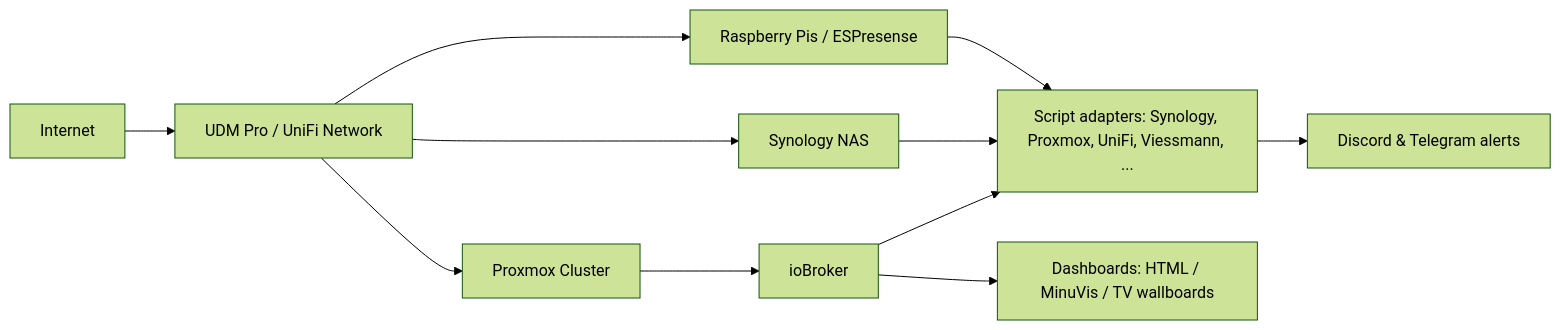
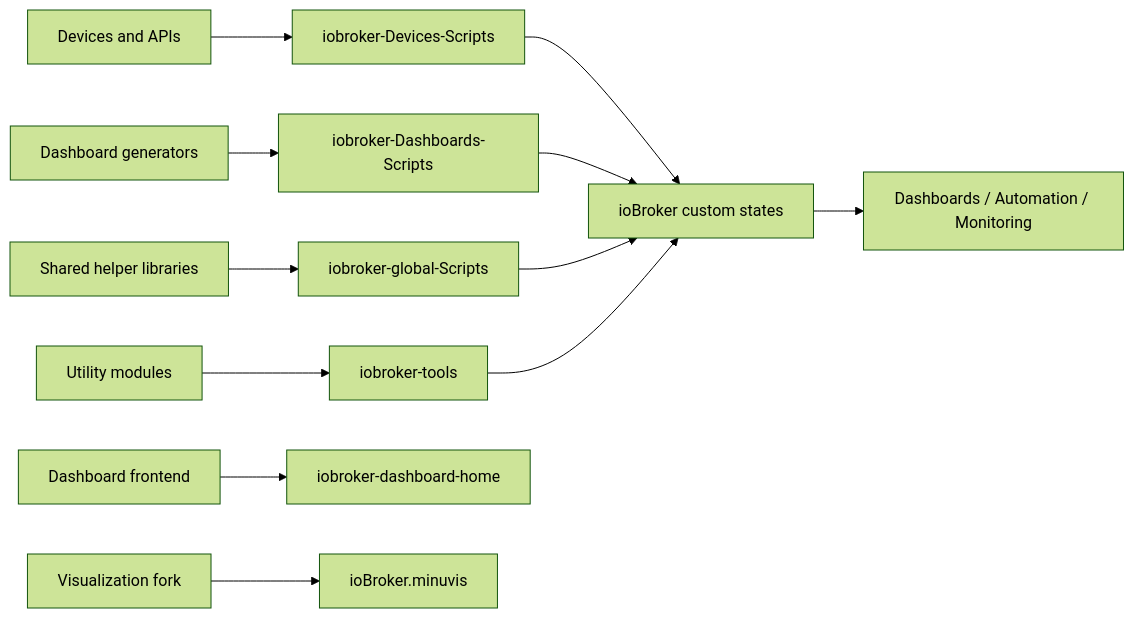
Before and after one commit to Ilovegym66/Ilovegym66: the diagram in README.md, drawn with Mermaid (forest theme). The commit also changed other lines of this file, not shown here.

````diff
--- a/README.md
+++ b/README.md
@@ -91,13 +89,14 @@
 ```mermaid
 graph LR
-  A[Internet] --> B[UDM Pro / UniFi Network]
-  B --> C[Proxmox Cluster]
-  B --> D[Synology NAS]
-  B --> E[Raspberry Pis / ESPresense]
-  C --> F[ioBroker]
-  F --> G[Script adapters: Synology, Proxmox, UniFi, Viessmann, ...]
-  F --> H[Dashboards: HTML / MinuVis / TV wallboards]
-  D --> G
-  E --> G
-  G --> I[Discord & Telegram alerts]
+  A[Devices and APIs] --> B[iobroker-Devices-Scripts]
+  C[Dashboard generators] --> D[iobroker-Dashboards-Scripts]
+  E[Shared helper libraries] --> F[iobroker-global-Scripts]
+  G[Utility modules] --> H[iobroker-tools]
+  I[Dashboard frontend] --> J[iobroker-dashboard-home]
+  K[Visualization fork] --> L[ioBroker.minuvis]
+  B --> M[ioBroker custom states]
+  D --> M
+  F --> M
+  H --> M
+  M --> N[Dashboards / Automation / Monitoring]
 ```
````
